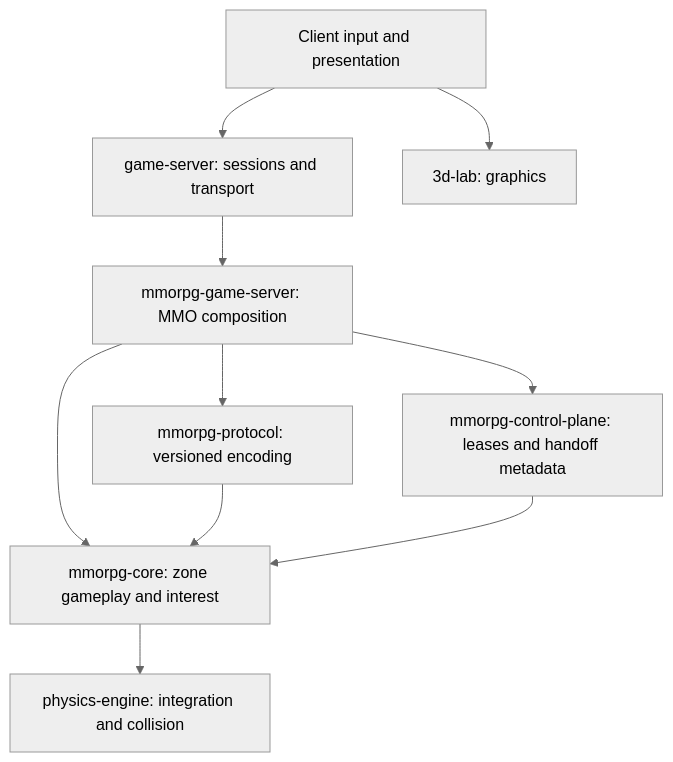
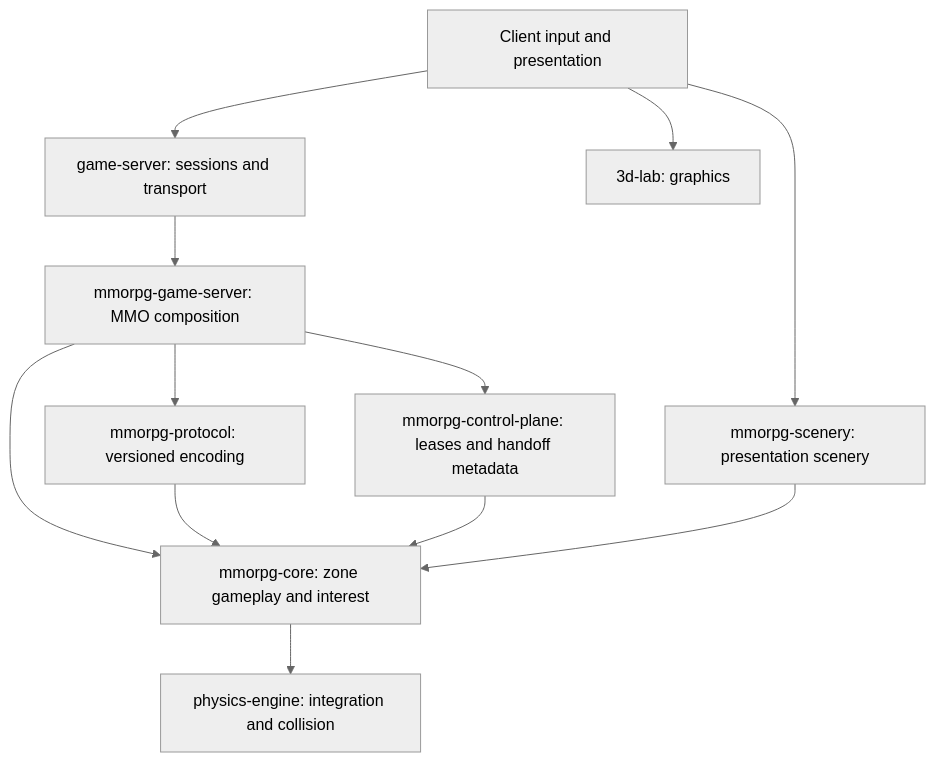
Before and after one commit to moritzbrantner/mmorpg: the diagram in docs/ARCHITECTURE.md, drawn with Mermaid (neutral theme). The commit also changed other lines of this file and 10 other files, not shown here.

First line of the commit message:
feat(scenery): add presentation-only Greyhaven Vale scenery crate

````diff
--- a/docs/ARCHITECTURE.md
+++ b/docs/ARCHITECTURE.md
@@ -21,12 +21,14 @@
 ```mermaid
 flowchart TD
     Client[Client input and presentation] --> Transport[game-server: sessions and transport]
     Transport --> Adapter[mmorpg-game-server: MMO composition]
     Adapter --> Directory[mmorpg-control-plane: leases and handoff metadata]
     Adapter --> Protocol[mmorpg-protocol: versioned encoding]
     Adapter --> Core[mmorpg-core: zone gameplay and interest]
     Protocol --> Core
     Directory --> Core
     Core --> Physics[physics-engine: integration and collision]
     Client --> Renderer[3d-lab: graphics]
+    Client --> Scenery[mmorpg-scenery: presentation scenery]
+    Scenery --> Core
 ```
````
